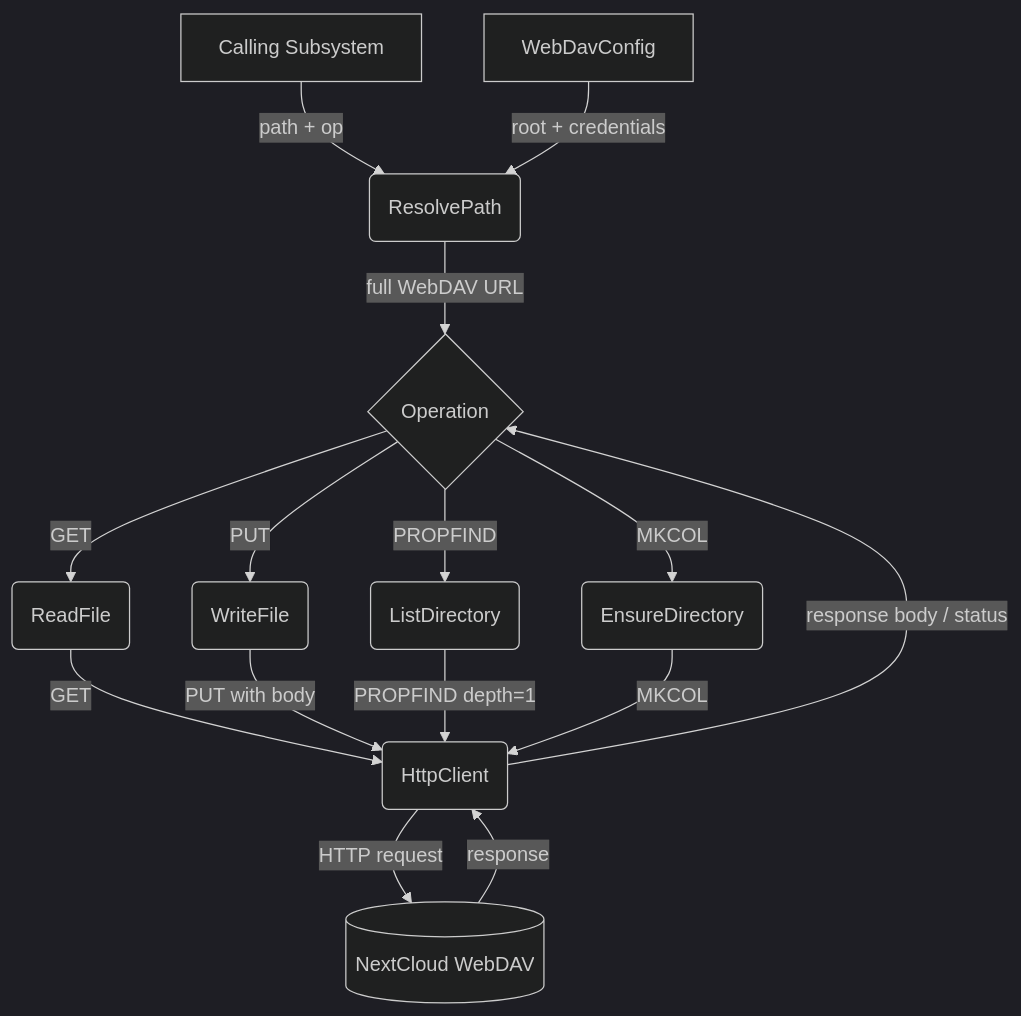
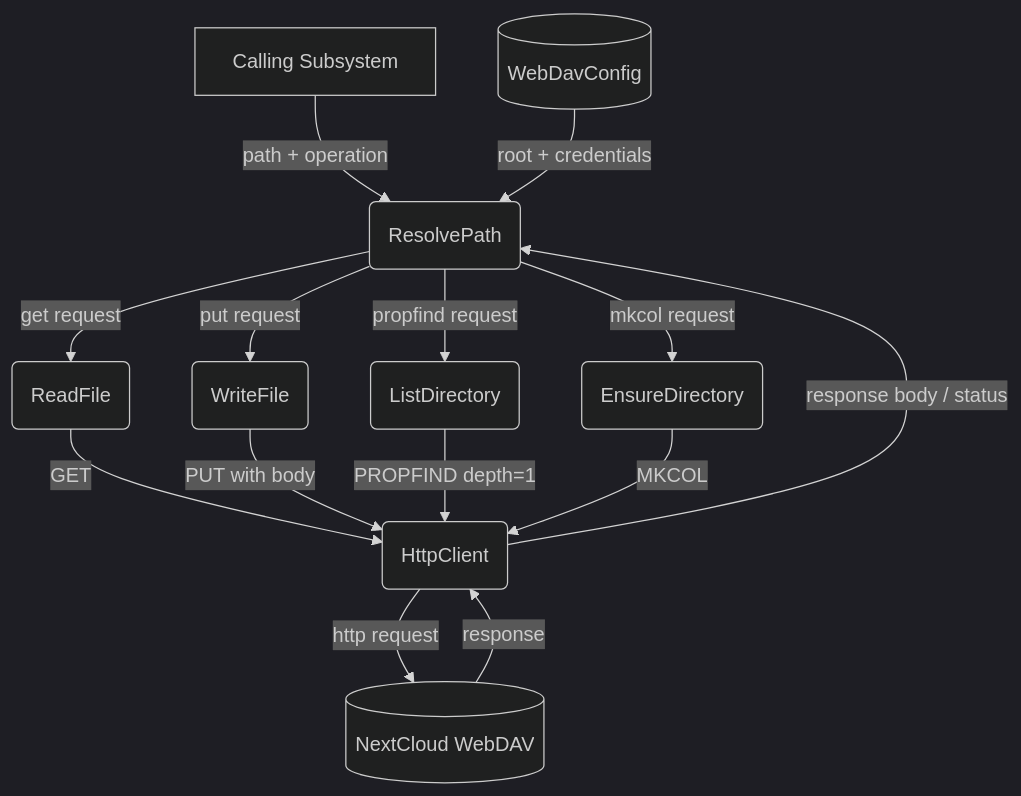
One commit to cosmoswafer/rockbot changed the first of 3 diagrams in _dfds/webdav.md. Above: the diagram before and after it, drawn with Mermaid (dark theme). The commit also changed other lines of this file and 7 other files, not shown here.

````diff
--- a/_dfds/webdav.md
+++ b/_dfds/webdav.md
@@ -18,28 +18,26 @@
 ```mermaid
 flowchart TD
     CALLER[Calling Subsystem]
+    CFG[(WebDavConfig)]
     RESOLVE(ResolvePath)
-    OP{Operation}
     READ(ReadFile)
     WRITE(WriteFile)
     LIST(ListDirectory)
     MKDIR(EnsureDirectory)
     HTTP(HttpClient)
     NC[(NextCloud WebDAV)]
-    CFG[WebDavConfig]
 
-    CALLER -->|"path + op"| RESOLVE
+    CALLER -->|"path + operation"| RESOLVE
     CFG -->|"root + credentials"| RESOLVE
-    RESOLVE -->|"full WebDAV URL"| OP
-    OP -->|"GET"| READ
-    OP -->|"PUT"| WRITE
-    OP -->|"PROPFIND"| LIST
-    OP -->|"MKCOL"| MKDIR
+    RESOLVE -->|"get request"| READ
+    RESOLVE -->|"put request"| WRITE
+    RESOLVE -->|"propfind request"| LIST
+    RESOLVE -->|"mkcol request"| MKDIR
     READ -->|"GET"| HTTP
     WRITE -->|"PUT with body"| HTTP
     LIST -->|"PROPFIND depth=1"| HTTP
     MKDIR -->|"MKCOL"| HTTP
-    HTTP -->|"HTTP request"| NC
+    HTTP -->|"http request"| NC
     NC -->|"response"| HTTP
-    HTTP -->|"response body / status"| OP
+    HTTP -->|"response body / status"| RESOLVE
 ```
````
